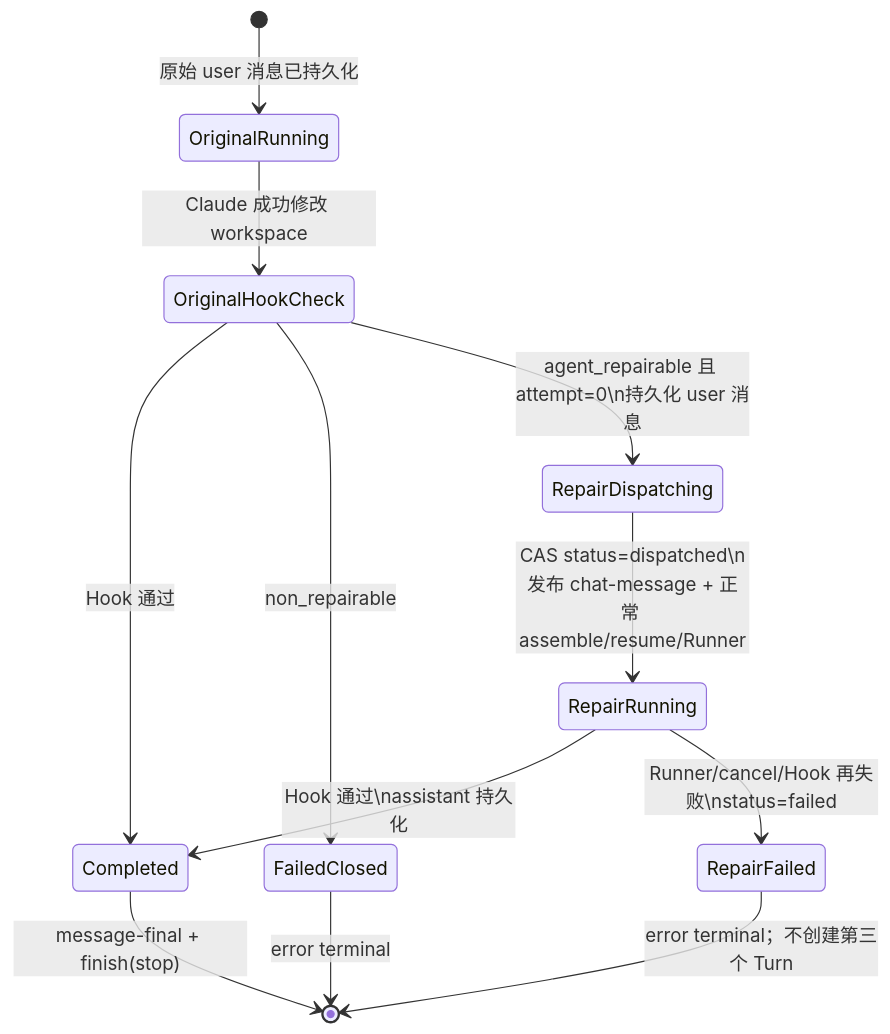
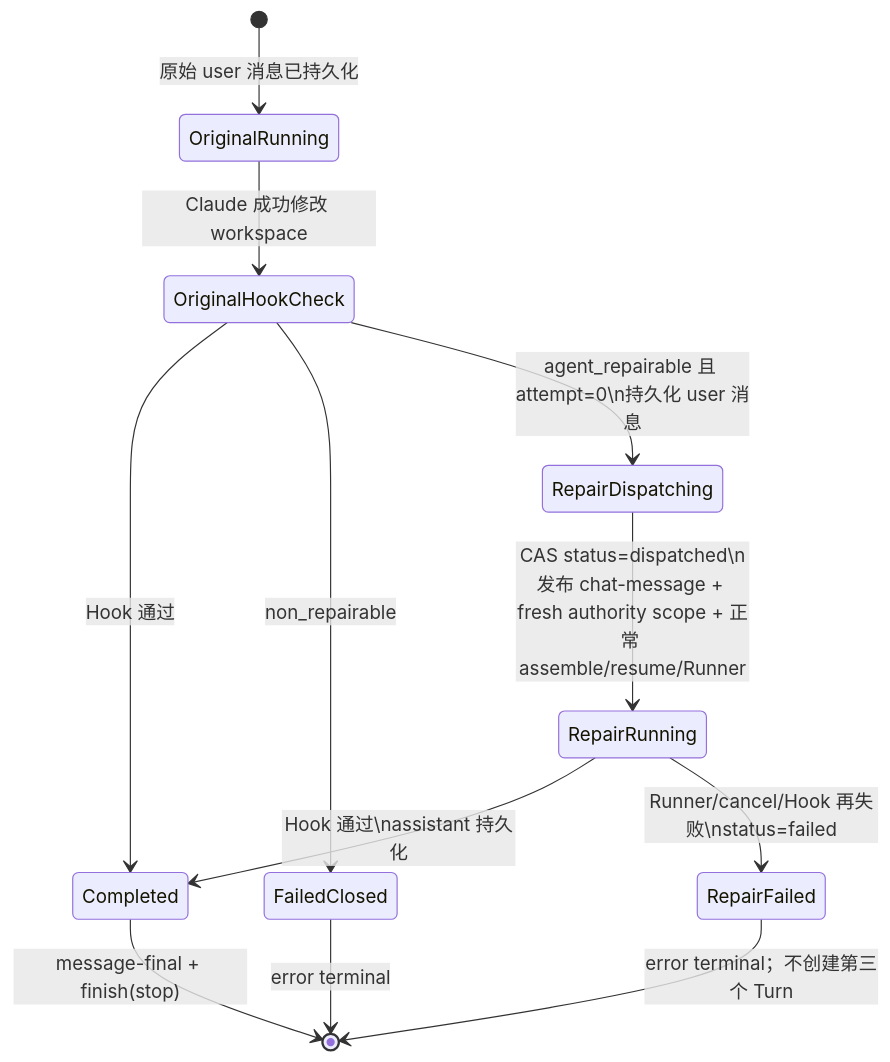
One commit to glide-the/im-dream changed the diagram in docs/design/claude-agent/dream-workbench-auto-repair.md. Above: the diagram before and after it, drawn with Mermaid. The commit also changed other lines of this file and 13 other files, not shown here.

````diff
--- a/docs/design/claude-agent/dream-workbench-auto-repair.md
+++ b/docs/design/claude-agent/dream-workbench-auto-repair.md
@@ -231,14 +246,14 @@
 ```mermaid
 stateDiagram-v2
     [*] --> OriginalRunning: 原始 user 消息已持久化
     OriginalRunning --> OriginalHookCheck: Claude 成功修改 workspace
     OriginalHookCheck --> Completed: Hook 通过
     OriginalHookCheck --> FailedClosed: non_repairable
     OriginalHookCheck --> RepairDispatching: agent_repairable 且 attempt=0\n持久化 user 消息
-    RepairDispatching --> RepairRunning: CAS status=dispatched\n发布 chat-message + 正常 assemble/resume/Runner
+    RepairDispatching --> RepairRunning: CAS status=dispatched\n发布 chat-message + fresh authority scope + 正常 assemble/resume/Runner
     RepairRunning --> Completed: Hook 通过\nassistant 持久化
     RepairRunning --> RepairFailed: Runner/cancel/Hook 再失败\nstatus=failed
     RepairFailed --> [*]: error terminal；不创建第三个 Turn
     FailedClosed --> [*]: error terminal
     Completed --> [*]: message-final + finish(stop)
 ```
````
